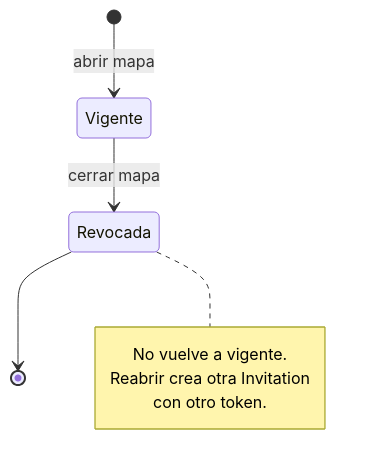
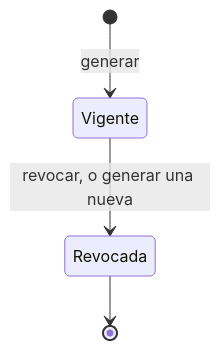
The second of 4 diagrams in docs/how-it-works/map_contributions.md (hotosm/chatmap), drawn with Mermaid before and after one commit. The commit also changed other lines of this file and 2 other files, not shown here.

````diff
--- a/docs/how-it-works/map_contributions.md
+++ b/docs/how-it-works/map_contributions.md
@@ -161,11 +179,6 @@
 ```mermaid
 stateDiagram-v2
-    [*] --> Vigente: abrir mapa
-    Vigente --> Revocada: cerrar mapa
+    [*] --> Vigente: generar
+    Vigente --> Revocada: revocar, o generar una nueva
     Revocada --> [*]
-    note right of Revocada
-        No vuelve a vigente.
-        Reabrir crea otra Invitation
-        con otro token.
-    end note
 ```
````
